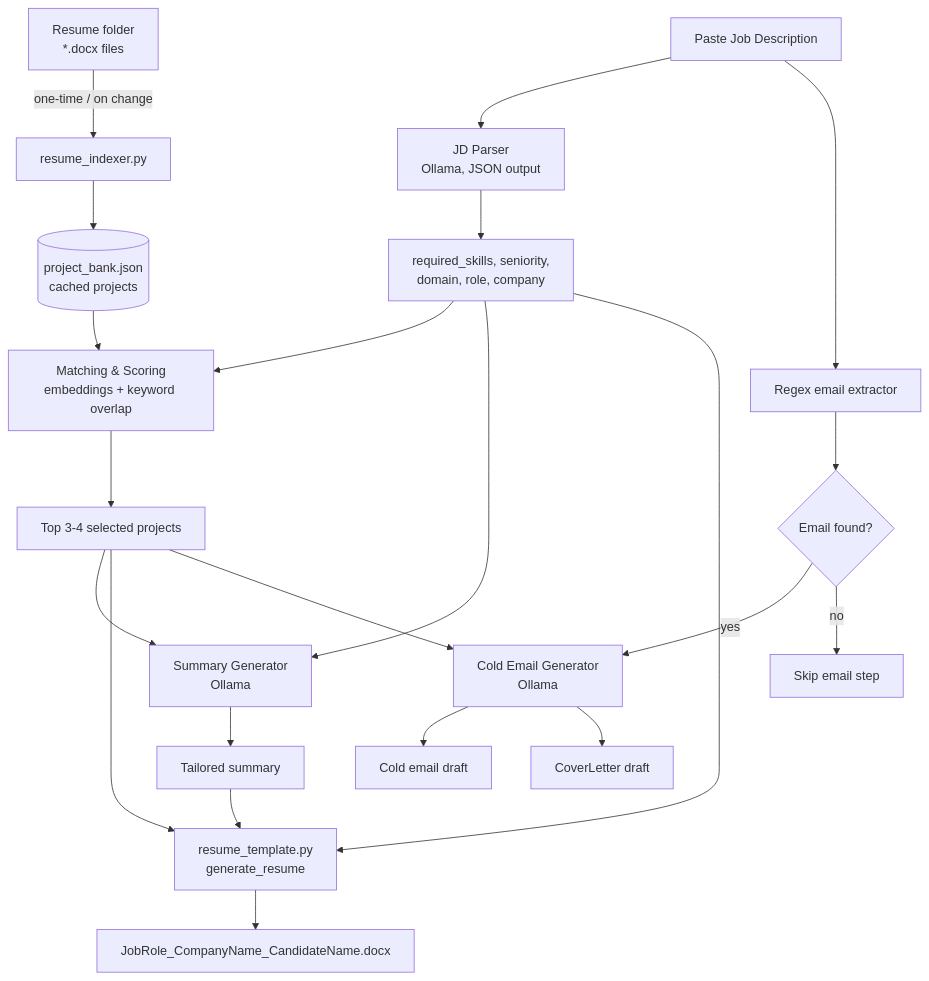
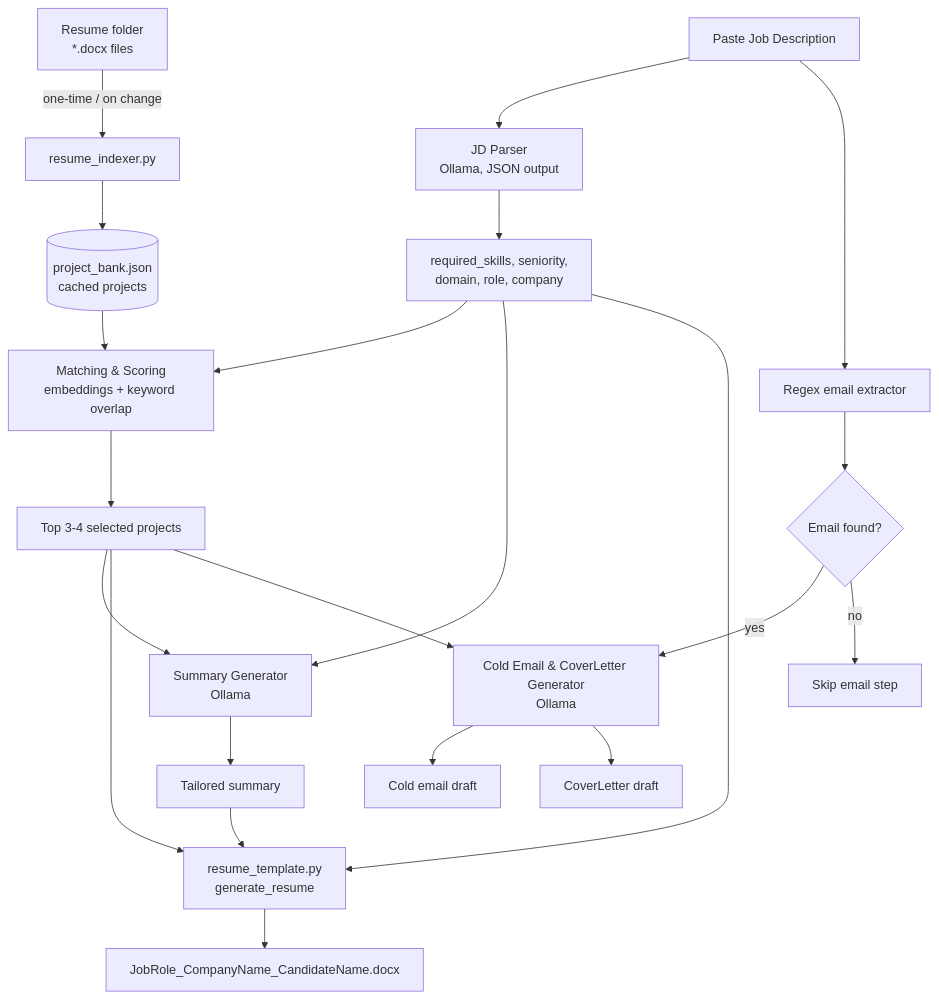
Before and after one commit to mohammedsanaved/ResumeBuilder_Agent: the diagram in README.md, drawn with Mermaid.

Commit message:
changes added in FlowMap

````diff
--- a/README.md
+++ b/README.md
@@ -20,29 +20,29 @@
 ```mermaid
 flowchart TD
     A[Resume folder<br/>*.docx files] -->|one-time / on change| B[resume_indexer.py]
     B --> C[(project_bank.json<br/>cached projects)]
 
     D[Paste Job Description] --> E[JD Parser<br/>Ollama, JSON output]
     D --> F[Regex email extractor]
 
     E --> G[required_skills, seniority,<br/>domain, role, company]
     C --> H[Matching & Scoring<br/>embeddings + keyword overlap]
     G --> H
     H --> I[Top 3-4 selected projects]
 
     G --> J[Summary Generator<br/>Ollama]
     I --> J
     J --> K[Tailored summary]
 
     I --> L[resume_template.py<br/>generate_resume]
     K --> L
     G --> L
     L --> M[JobRole_CompanyName_CandidateName.docx]
 
     F --> N{Email found?}
-    N -->|yes| O[Cold Email Generator<br/>Ollama]
+    N -->|yes| O[Cold Email & CoverLetter Generator<br/>Ollama]
     I --> O
     O --> P[Cold email draft]
     O --> R[CoverLetter  draft]
     N -->|no| Q[Skip email step]
 ```
````
